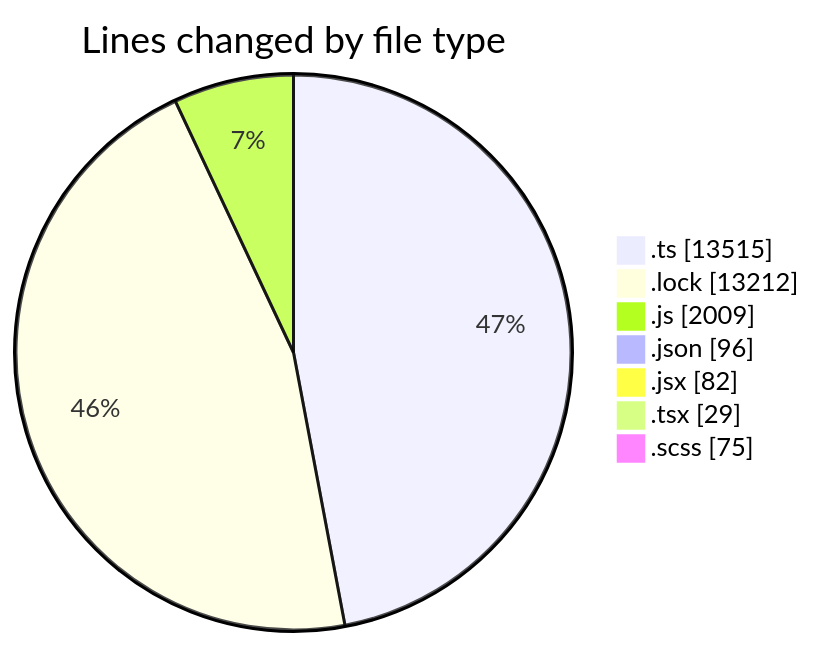
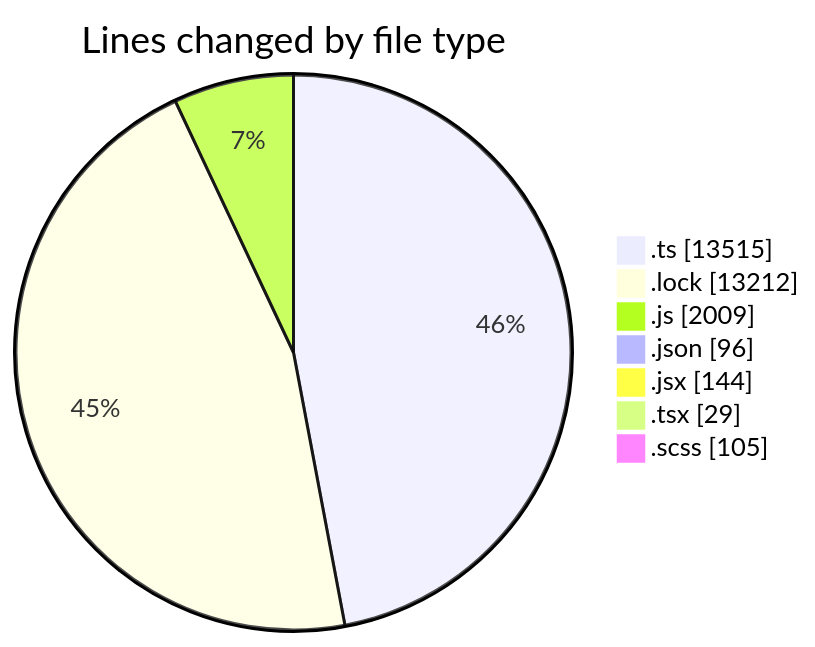
One commit to momahboobian/code-tracking changed the first of 2 diagrams in 2025-05-16/cda/README.md. Above: the diagram before and after it, drawn with Mermaid. The commit also changed other lines of this file and 1 other file, not shown here.

````diff
--- a/2025-05-16/cda/README.md
+++ b/2025-05-16/cda/README.md
@@ -34,11 +36,11 @@
 ```mermaid
 pie showData
 title Lines changed by file type
 ".ts" : 13515
 ".lock" : 13212
 ".js" : 2009
 ".json" : 96
-".jsx" : 82
+".jsx" : 144
 ".tsx" : 29
-".scss" : 75
+".scss" : 105
 ```
````
